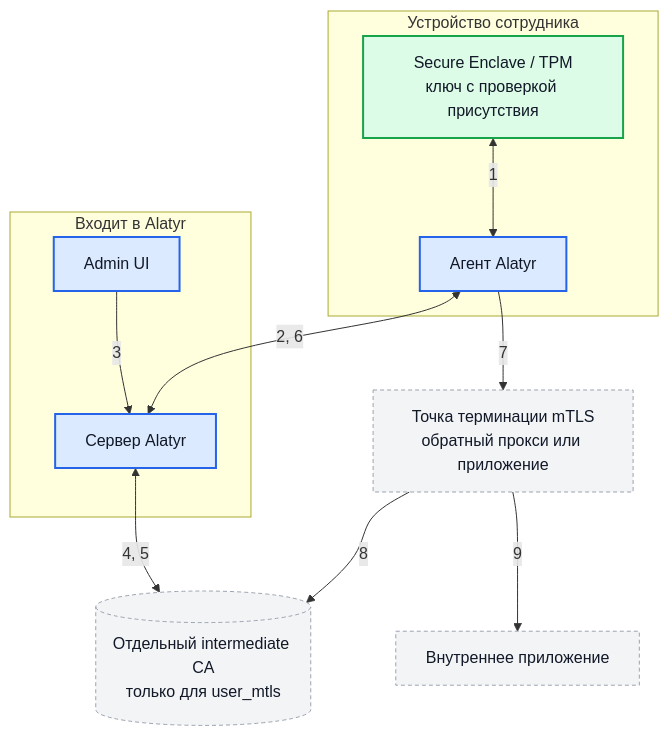
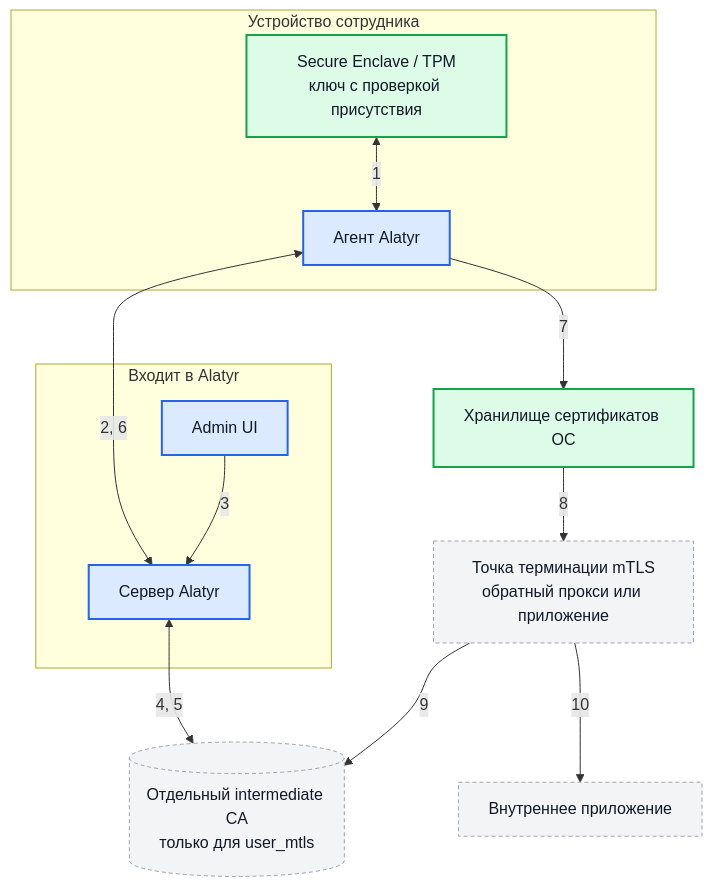
Before and after one commit to s3m4rgl/alatyr-docs: the third of 9 diagrams in docs/use-cases.md, drawn with Mermaid. The commit also changed other lines of this file and 3 other files, not shown here.

First line of the commit message:
fix(схемы): агент убран из пути использования, починены отрисовка и тёмная тема

````diff
--- a/docs/use-cases.md
+++ b/docs/use-cases.md
@@ -155,31 +176,32 @@
 ```mermaid
 flowchart TD
     subgraph DeviceBox["Устройство сотрудника"]
         HW["Secure Enclave / TPM<br/>ключ с проверкой присутствия"]
         Agent["Агент Alatyr"]
     end
 
     subgraph AlatyrBox["Входит в Alatyr"]
         Admin["Admin UI"]
         Server["Сервер Alatyr"]
     end
 
     PKI[("Отдельный intermediate CA<br/>только для user_mtls")]
     Proxy["Точка терминации mTLS<br/>обратный прокси или приложение"]
     App["Внутреннее приложение"]
 
     HW <--> |"1"| Agent
     Agent <--> |"2, 6"| Server
     Admin --> |"3"| Server
     Server <--> |"4, 5"| PKI
-    Agent --> |"7"| Proxy
-    Proxy --> |"8"| PKI
-    Proxy --> |"9"| App
+    Agent --> |"7"| Store["Хранилище сертификатов ОС"]
+    Store --> |"8"| Proxy
+    Proxy --> |"9"| PKI
+    Proxy --> |"10"| App
 
     classDef alatyr fill:#dbeafe,stroke:#2563eb,stroke-width:2px,color:#111827
     classDef external fill:#f3f4f6,stroke:#9ca3af,stroke-width:1px,stroke-dasharray: 4 3,color:#111827
     classDef device fill:#dcfce7,stroke:#16a34a,stroke-width:2px,color:#111827
     class Agent,Server,Admin alatyr
     class PKI,Proxy,App external
-    class HW device
+    class HW,Store device
 ```
````
